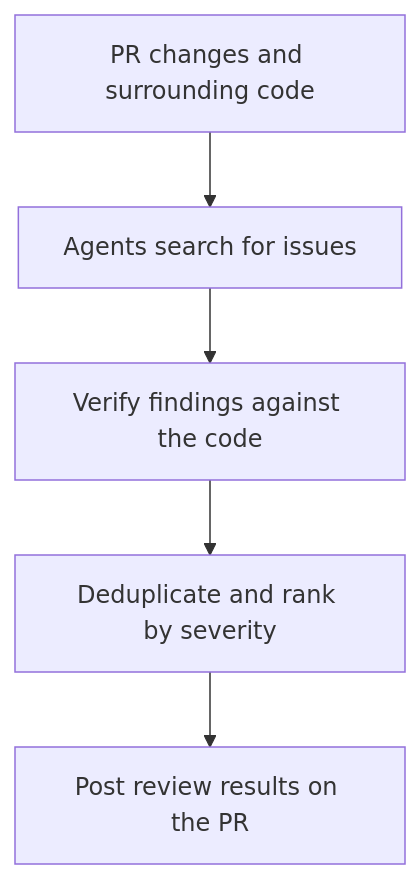
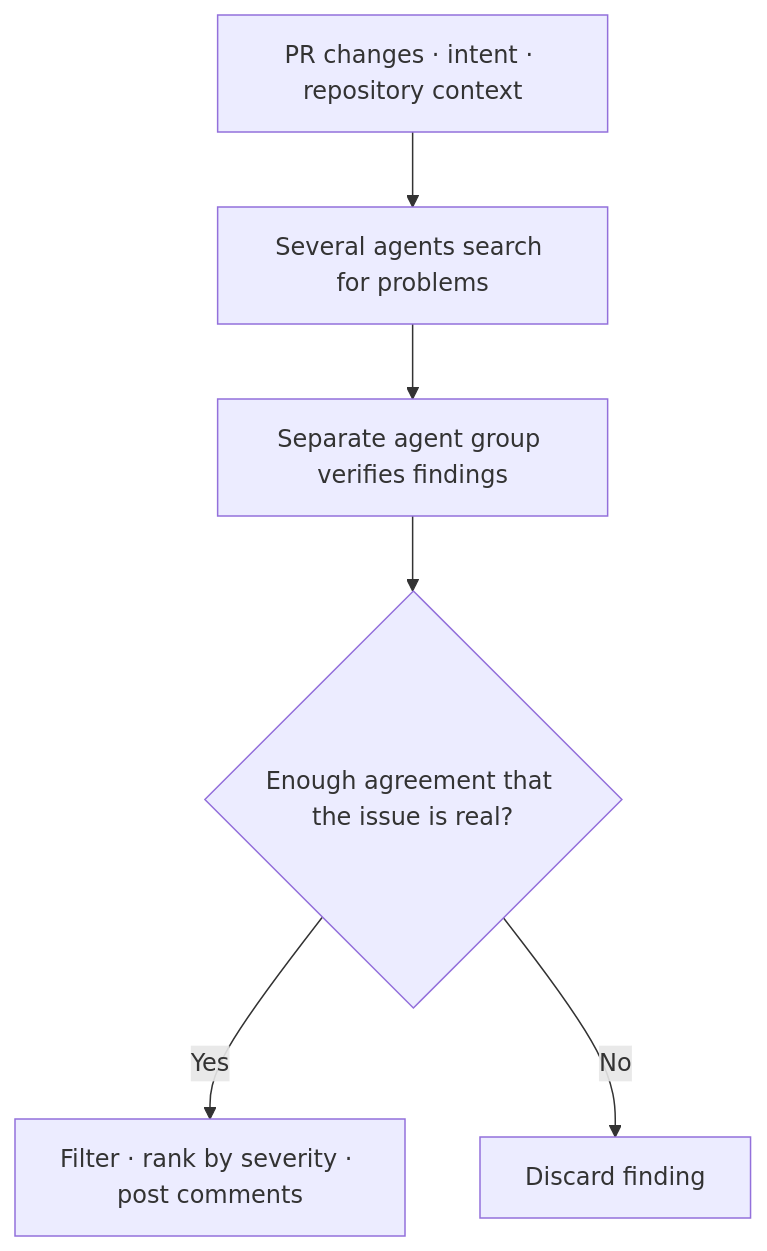
One commit to haandol/haandol.github.com changed the first of 3 diagrams in _en/2026-10-19-how-anthropic-reviews-ai-generated-code.md. Above: the diagram before and after it, drawn with Mermaid. The commit also changed other lines of this file and 1 other file, not shown here.

Commit message:
docs: connect Anthropic review and source control practices

````diff
--- a/_en/2026-10-19-how-anthropic-reviews-ai-generated-code.md
+++ b/_en/2026-10-19-how-anthropic-reviews-ai-generated-code.md
@@ -51,7 +65,8 @@
 ```mermaid
 flowchart TD
-    A["PR changes and surrounding code"] --> B["Agents search for issues"]
-    B --> C["Verify findings against the code"]
-    C --> D["Deduplicate and rank by severity"]
-    D --> E["Post review results on the PR"]
+    A["PR changes · intent · repository context"] --> B["Several agents search for problems"]
+    B --> C["Separate agent group verifies findings"]
+    C --> D{"Enough agreement that the issue is real?"}
+    D -->|Yes| E["Filter · rank by severity · post comments"]
+    D -->|No| F["Discard finding"]
 ```
````
